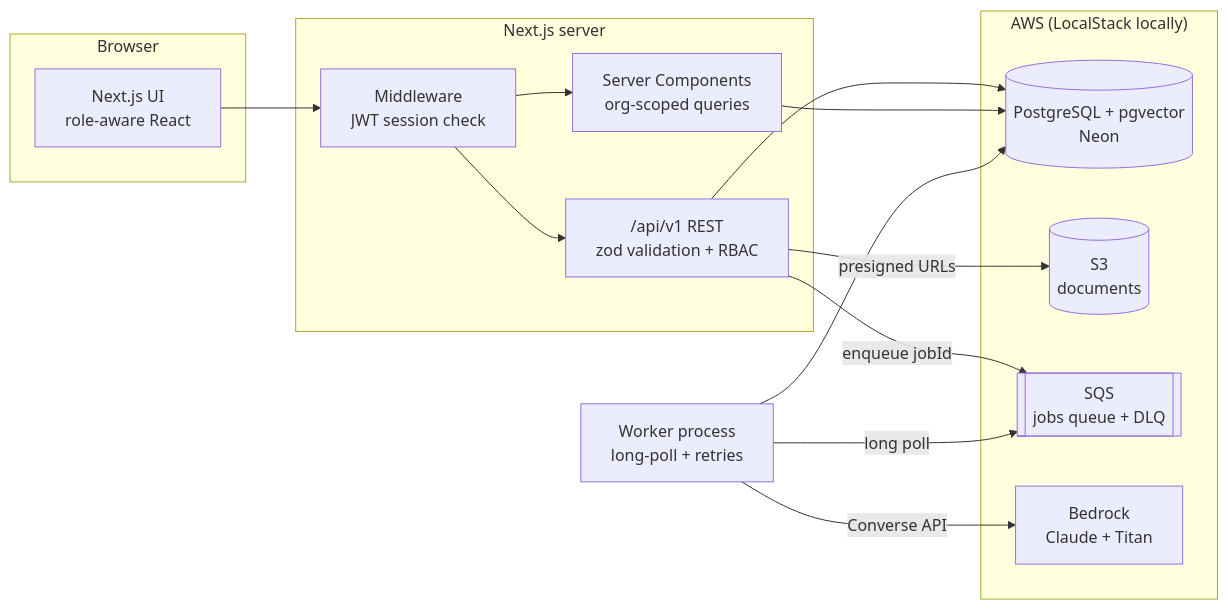
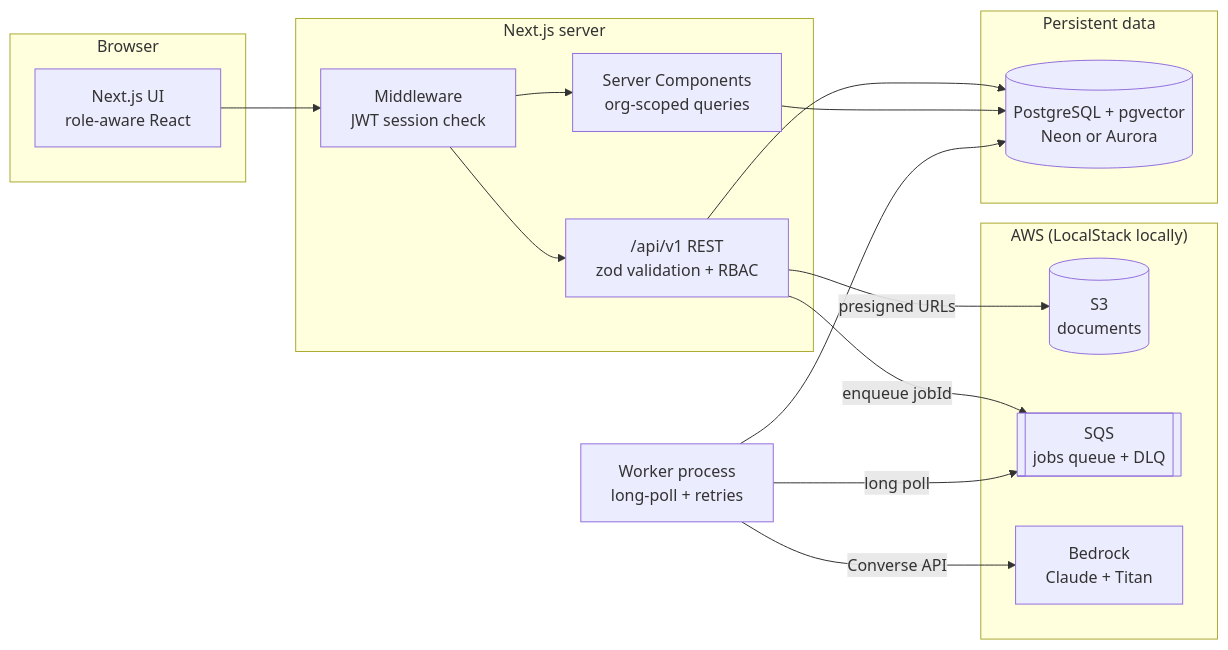
The first of 3 diagrams in README.md (BMcCarthy96/enterprise-ai-implementation-workbench), drawn with Mermaid before and after one commit. The commit also changed other lines of this file and 82 other files, not shown here.

````diff
--- a/README.md
+++ b/README.md
@@ -57,28 +73,30 @@
 ```mermaid
 flowchart LR
     subgraph Browser
       UI[Next.js UI<br/>role-aware React]
     end
     subgraph "Next.js server"
       MW[Middleware<br/>JWT session check]
       API["/api/v1 REST<br/>zod validation + RBAC"]
       SC[Server Components<br/>org-scoped queries]
     end
+    subgraph "Persistent data"
+      PG[(PostgreSQL + pgvector<br/>Neon or Aurora)]
+    end
     subgraph "AWS (LocalStack locally)"
-      PG[(PostgreSQL + pgvector<br/>Neon)]
       S3[(S3<br/>documents)]
       SQS[[SQS<br/>jobs queue + DLQ]]
       BR[Bedrock<br/>Claude + Titan]
     end
     W[Worker process<br/>long-poll + retries]
 
     UI --> MW --> API
     MW --> SC
     API --> PG
     SC --> PG
     API -- presigned URLs --> S3
     API -- enqueue jobId --> SQS
     W -- long poll --> SQS
     W --> PG
     W -- Converse API --> BR
 ```
````
